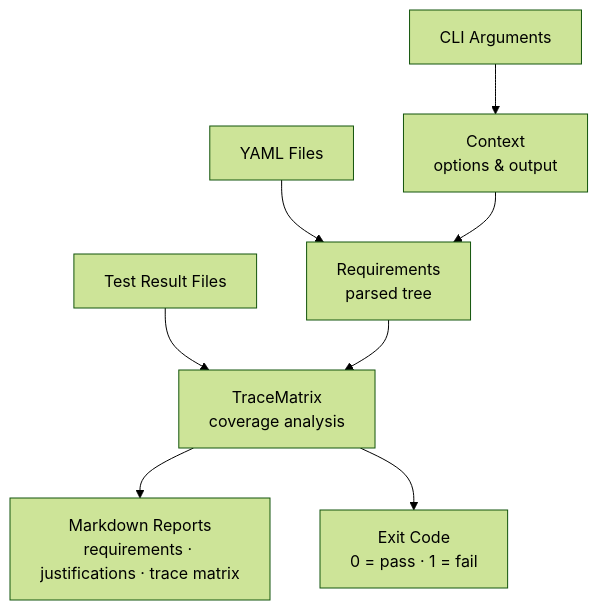
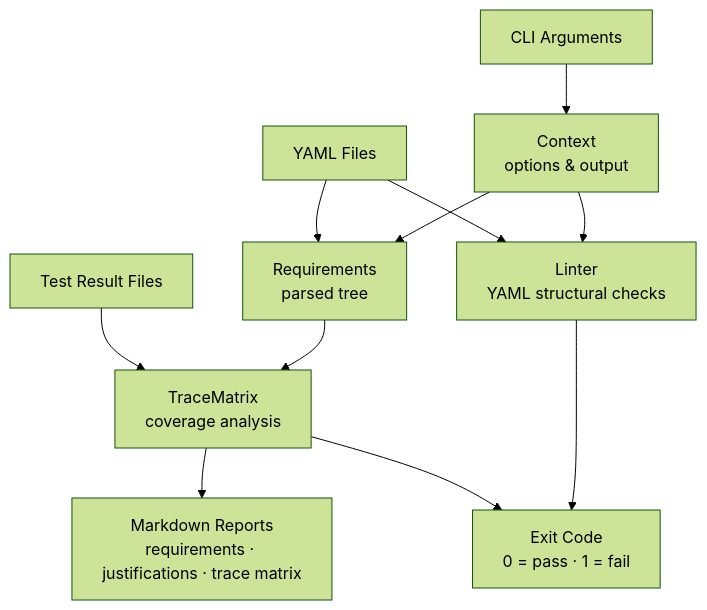
The diagram in ARCHITECTURE.md (demaconsulting/ReqStream), drawn with Mermaid (forest theme) before and after one commit. The commit also changed other lines of this file and 23 other files, not shown here.

First line of the commit message:
Add --lint support for requirements YAML files (#133)

````diff
--- a/ARCHITECTURE.md
+++ b/ARCHITECTURE.md
@@ -37,19 +38,23 @@
 ```mermaid
 flowchart TD
     yaml[YAML Files]
     tests[Test Result Files]
     args[CLI Arguments]
     ctx[Context<br/>options & output]
     req[Requirements<br/>parsed tree]
     tm[TraceMatrix<br/>coverage analysis]
+    lint[Linter<br/>YAML structural checks]
     reports[Markdown Reports<br/>requirements · justifications · trace matrix]
     exit[Exit Code<br/>0 = pass · 1 = fail]
 
     yaml --> req
+    yaml --> lint
     tests --> tm
     args --> ctx
     ctx --> req
+    ctx --> lint
     req --> tm
     tm --> reports
     tm --> exit
+    lint --> exit
 ```
````
